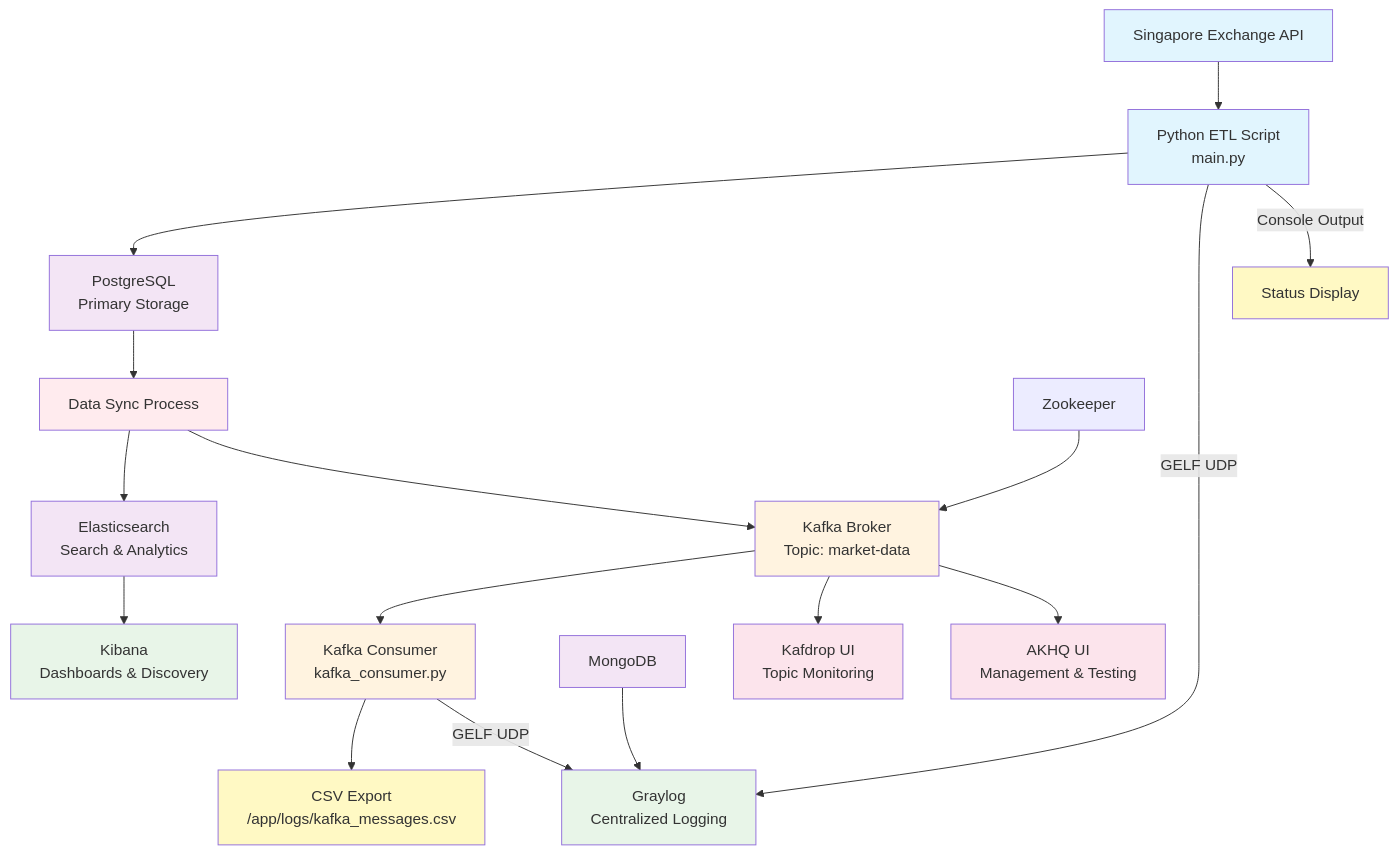
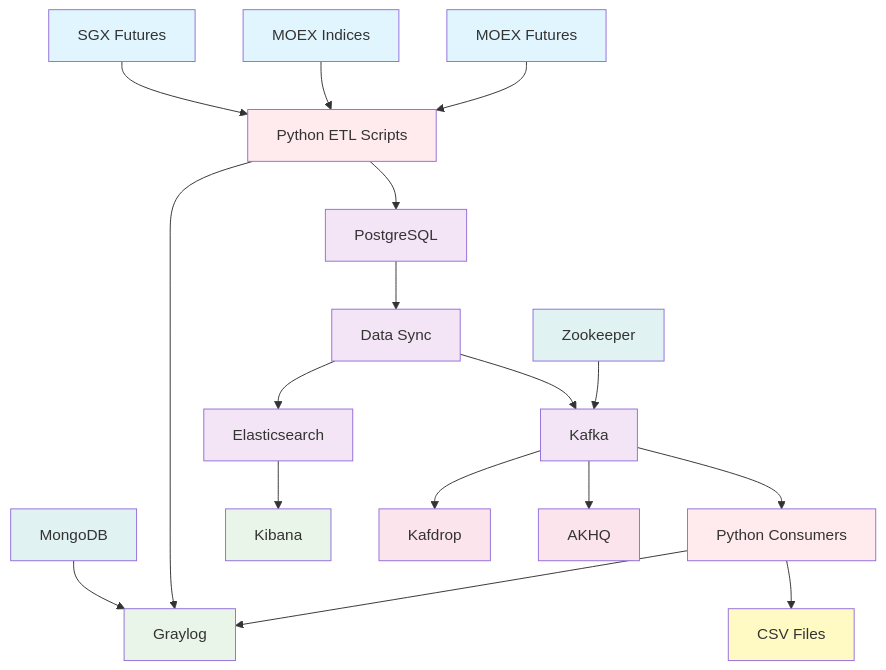
One commit to kholobtseva/my-docker-project changed the diagram in README.md. Above: the diagram before and after it, drawn with Mermaid. The commit also changed other lines of this file, not shown here.

````diff
--- a/README.md
+++ b/README.md
@@ -12,50 +12,77 @@
 ```mermaid
 graph TB
-    %% Data Sources
-    API[Singapore Exchange API] --> Python[Python ETL Script<br/>main.py]
+    %% Data Sources - слева
+    SGX[SGX Futures]
+    MOEX_IDX[MOEX Indices] 
+    MOEX_FUT[MOEX Futures]
     
-    %% Primary Data Flow
-    Python --> PG[PostgreSQL<br/>Primary Storage]
+    %% Infrastructure - слева снизу
+    ZK[Zookeeper]
+    MongoDB[MongoDB]
     
-    %% Data Synchronization from PostgreSQL
-    PG --> Sync[Data Sync Process]
-    Sync --> ES[Elasticsearch<br/>Search & Analytics]
-    Sync --> Kafka[Kafka Broker<br/>Topic: market-data]
+    %% Python Processing - центр слева
+    PyETL[Python ETL Scripts]
     
-    %% Data Processing & Export
-    Kafka --> KafkaC[Kafka Consumer<br/>kafka_consumer.py]
-    KafkaC --> CSV[CSV Export<br/>/app/logs/kafka_messages.csv]
+    %% Core Storage - центр
+    PG[PostgreSQL]
+    Sync[Data Sync]
     
-    %% Analytics & Visualization
-    ES --> Kibana[Kibana<br/>Dashboards & Discovery]
+    %% Streaming & Search - центр справа
+    Kafka[Kafka]
+    ES[Elasticsearch]
     
-    %% Infrastructure & Dependencies
-    ZK[Zookeeper] --> Kafka
-    MongoDB[MongoDB] --> Graylog[Graylog<br/>Centralized Logging]
+    %% Python Consumers - справа сверху
+    PyCons[Python Consumers]
+    CSV[CSV Files]
     
-    %% Monitoring Interfaces
-    Kafka --> Kafdrop[Kafdrop UI<br/>Topic Monitoring]
-    Kafka --> AKHQ[AKHQ UI<br/>Management & Testing]
+    %% Monitoring - справа снизу
+    Graylog[Graylog]
+    Kibana[Kibana]
     
-    %% Logging & Status - ТОЛЬКО из Python скриптов
-    Python -->|GELF UDP| Graylog
-    Python -->|Console Output| Status[Status Display]
-    KafkaC -->|GELF UDP| Graylog
+    %% Kafka UI - справа сверху
+    Kafdrop[Kafdrop]
+    AKHQ[AKHQ]
+    
+    %% Data Flow - горизонтальные связи
+    SGX --> PyETL
+    MOEX_IDX --> PyETL
+    MOEX_FUT --> PyETL
+    
+    PyETL --> PG
+    PG --> Sync
+    Sync --> Kafka
+    Sync --> ES
+    
+    %% Infrastructure connections - слева
+    ZK --> Kafka
+    MongoDB --> Graylog
+    
+    Kafka --> PyCons
+    PyCons --> CSV
+    
+    %% Monitoring Flow
+    PyETL --> Graylog
+    PyCons --> Graylog
+    ES --> Kibana
+    
+    %% Kafka UI Flow
+    Kafka --> Kafdrop
+    Kafka --> AKHQ
     
     %% Styling
-    classDef dataSource fill:#e1f5fe
-    classDef database fill:#f3e5f5
-    classDef queue fill:#fff3e0
-    classDef monitoring fill:#e8f5e8
+    classDef source fill:#e1f5fe
+    classDef python fill:#ffebee
+    classDef core fill:#f3e5f5
+    classDef output fill:#fff9c4
+    classDef monitor fill:#e8f5e8
     classDef ui fill:#fce4ec
-    classDef output fill:#fff9c4
-    classDef processing fill:#ffebee
+    classDef infra fill:#e0f2f1
     
-    class API,Python dataSource
-    class PG,ES,MongoDB database
-    class Kafka,KafkaC queue
-    class Graylog,Kibana monitoring
+    class SGX,MOEX_IDX,MOEX_FUT source
+    class PyETL,PyCons python
+    class PG,Sync,Kafka,ES core
+    class CSV output
+    class Graylog,Kibana monitor
     class Kafdrop,AKHQ ui
-    class Status,CSV output
-    class Sync processing
+    class ZK,MongoDB infra
 ```
````
